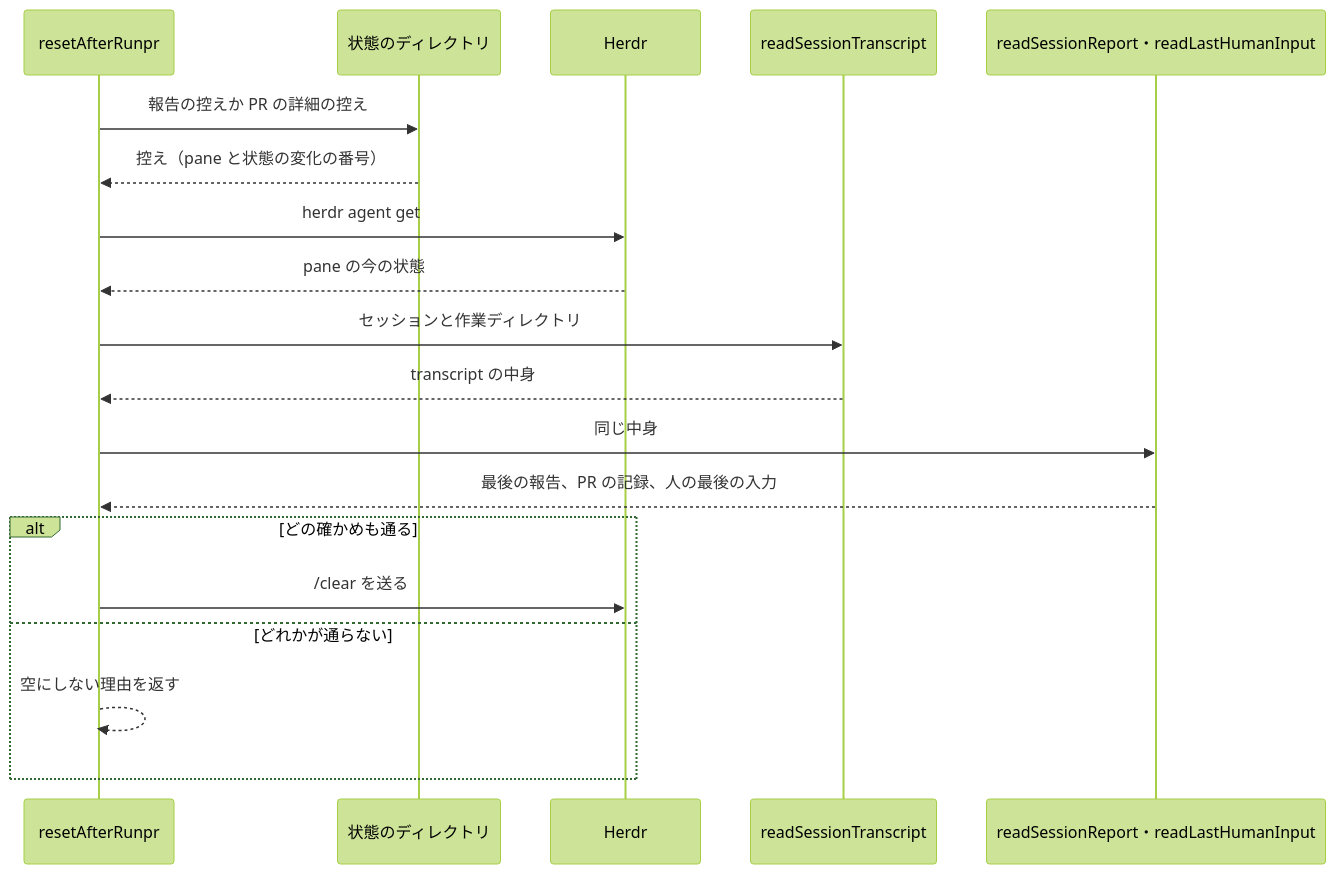
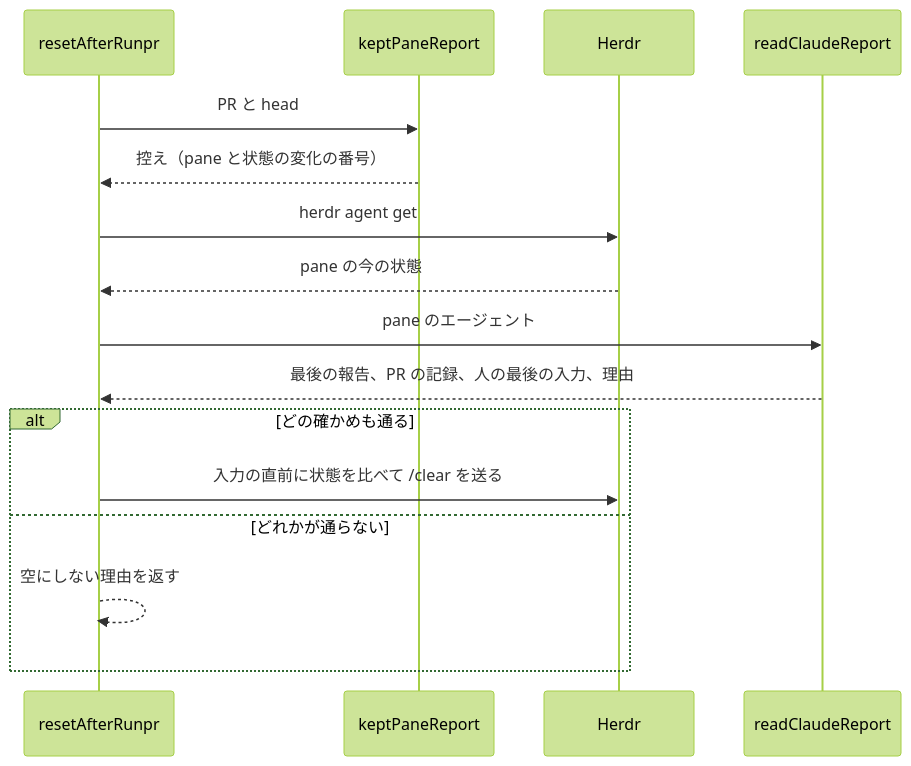
Before and after one commit to isseis/yt2column: the seventh of 8 diagrams in docs/tasks/0095_chief_transcript_report/02_architecture.md, drawn with Mermaid (forest theme). The commit also changed other lines of this file and 2 other files, not shown here.

````diff
--- a/docs/tasks/0095_chief_transcript_report/02_architecture.md
+++ b/docs/tasks/0095_chief_transcript_report/02_architecture.md
@@ -569,22 +721,19 @@
 ```mermaid
 sequenceDiagram
     participant S as resetAfterRunpr
-    participant R as 状態のディレクトリ
+    participant K as keptPaneReport
     participant H as Herdr
-    participant T as readSessionTranscript
-    participant P as readSessionReport・readLastHumanInput
+    participant E as readClaudeReport
 
-    S->>R: 報告の控えか PR の詳細の控え
-    R-->>S: 控え（pane と状態の変化の番号）
+    S->>K: PR と head
+    K-->>S: 控え（pane と状態の変化の番号）
     S->>H: herdr agent get
     H-->>S: pane の今の状態
-    S->>T: セッションと作業ディレクトリ
-    T-->>S: transcript の中身
-    S->>P: 同じ中身
-    P-->>S: 最後の報告、PR の記録、人の最後の入力
+    S->>E: pane のエージェント
+    E-->>S: 最後の報告、PR の記録、人の最後の入力、理由
     alt どの確かめも通る
-        S->>H: /clear を送る
+        S->>H: 入力の直前に状態を比べて /clear を送る
     else どれかが通らない
         S-->>S: 空にしない理由を返す
     end
 ```
````
